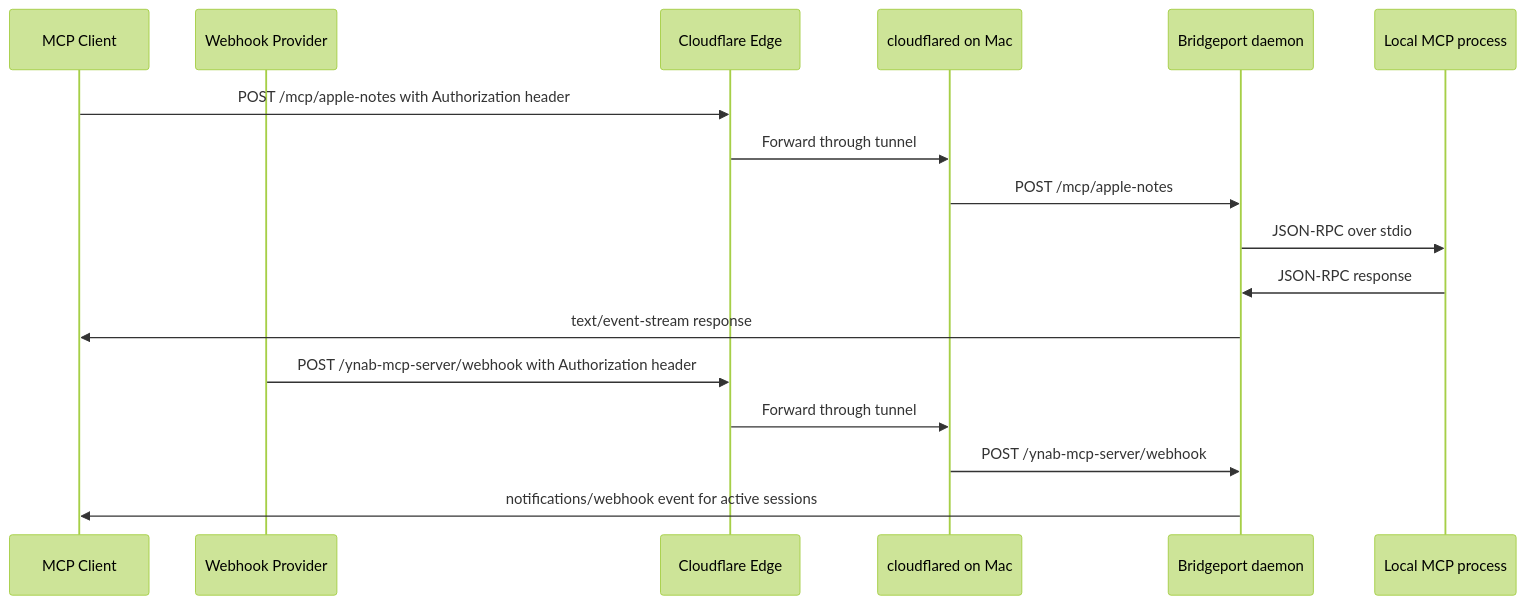
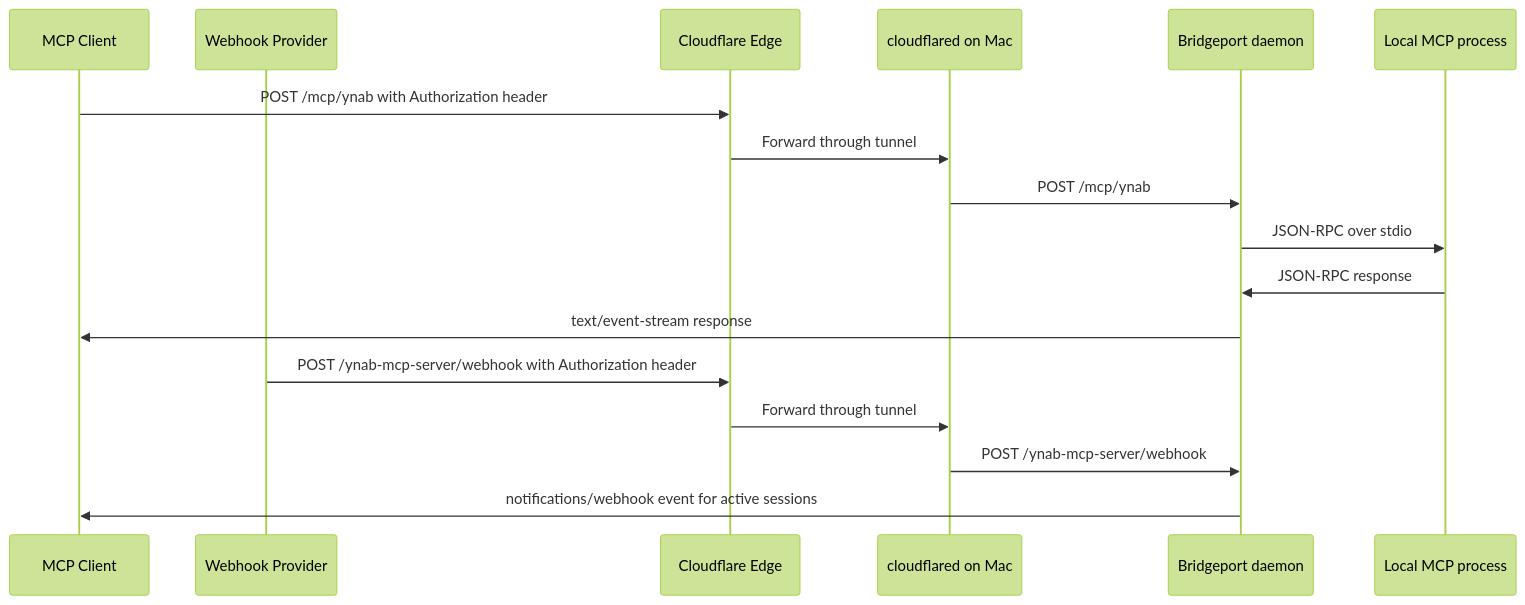
One commit to oliverames/bridgeport changed the diagram in CLOUDFLARE.md. Above: the diagram before and after it, drawn with Mermaid (forest theme). The commit also changed other lines of this file and 14 other files, not shown here.

````diff
--- a/CLOUDFLARE.md
+++ b/CLOUDFLARE.md
@@ -9,21 +9,21 @@
 ```mermaid
 sequenceDiagram
     participant Client as MCP Client
     participant Provider as Webhook Provider
     participant CF as Cloudflare Edge
     participant Tunnel as cloudflared on Mac
     participant Bridgeport as Bridgeport daemon
     participant Connector as Local MCP process
 
-    Client->>CF: POST /mcp/apple-notes with Authorization header
+    Client->>CF: POST /mcp/ynab with Authorization header
     CF->>Tunnel: Forward through tunnel
-    Tunnel->>Bridgeport: POST /mcp/apple-notes
+    Tunnel->>Bridgeport: POST /mcp/ynab
     Bridgeport->>Connector: JSON-RPC over stdio
     Connector->>Bridgeport: JSON-RPC response
     Bridgeport->>Client: text/event-stream response
 
     Provider->>CF: POST /ynab-mcp-server/webhook with Authorization header
     CF->>Tunnel: Forward through tunnel
     Tunnel->>Bridgeport: POST /ynab-mcp-server/webhook
     Bridgeport->>Client: notifications/webhook event for active sessions
 ```
````
